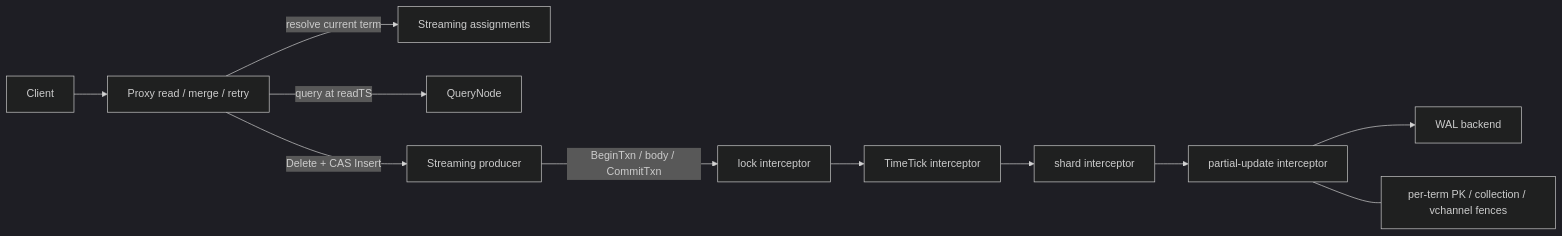
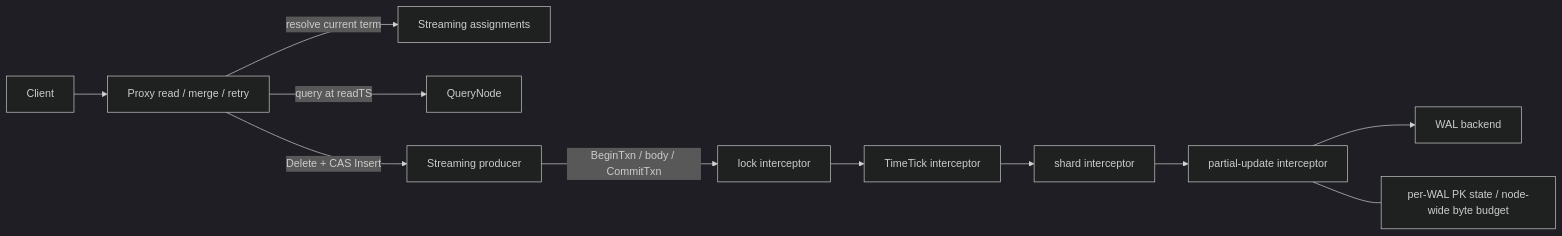
The first of 2 diagrams in docs/design-docs/design_docs/20260601-partial-update-optimistic-lock-design.md (milvus-io/milvus), drawn with Mermaid (dark theme) before and after one commit. The commit also changed other lines of this file and 16 other files, not shown here.

````diff
--- a/docs/design-docs/design_docs/20260601-partial-update-optimistic-lock-design.md
+++ b/docs/design-docs/design_docs/20260601-partial-update-optimistic-lock-design.md
@@ -186,13 +184,13 @@
 ```mermaid
 flowchart LR
     Client[Client] --> Proxy[Proxy read / merge / retry]
     Proxy -->|resolve current term| Assignment[Streaming assignments]
     Proxy -->|query at readTS| QueryNode[QueryNode]
     Proxy -->|Delete + CAS Insert| Producer[Streaming producer]
     Producer -->|BeginTxn / body / CommitTxn| Lock[lock interceptor]
     Lock --> TimeTick[TimeTick interceptor]
     TimeTick --> Shard[shard interceptor]
     Shard --> CAS[partial-update interceptor]
     CAS --> WAL[WAL backend]
-    CAS --- Index[per-term PK / collection / vchannel fences]
+    CAS --- Index[per-WAL PK state / node-wide byte budget]
 ```
````
